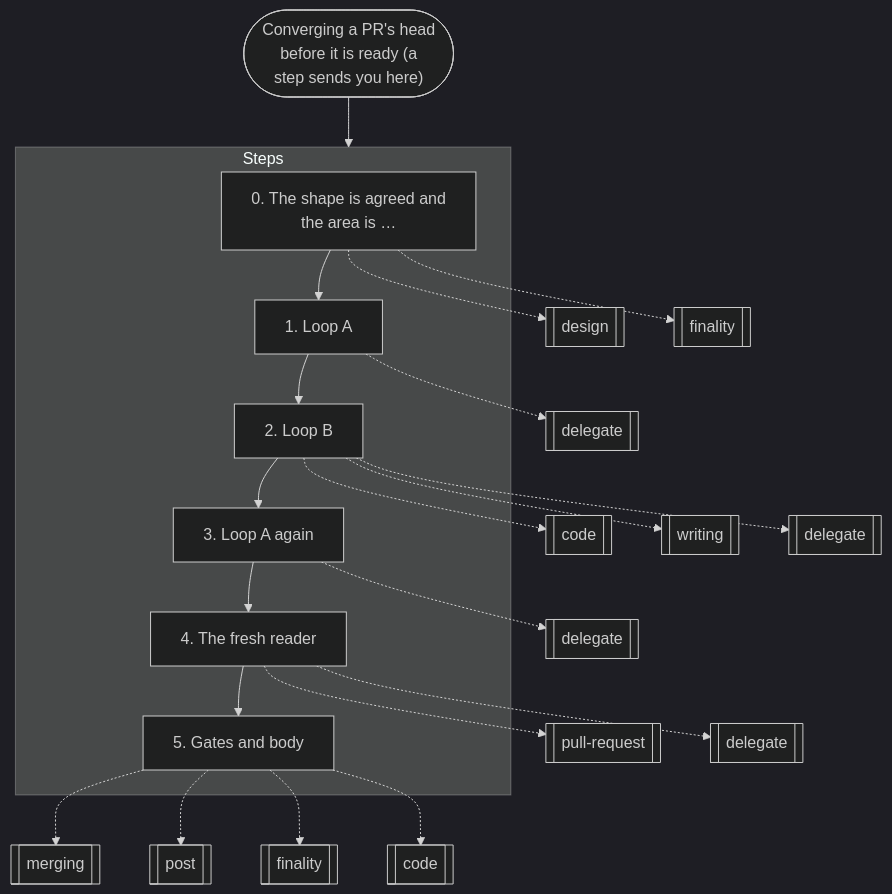
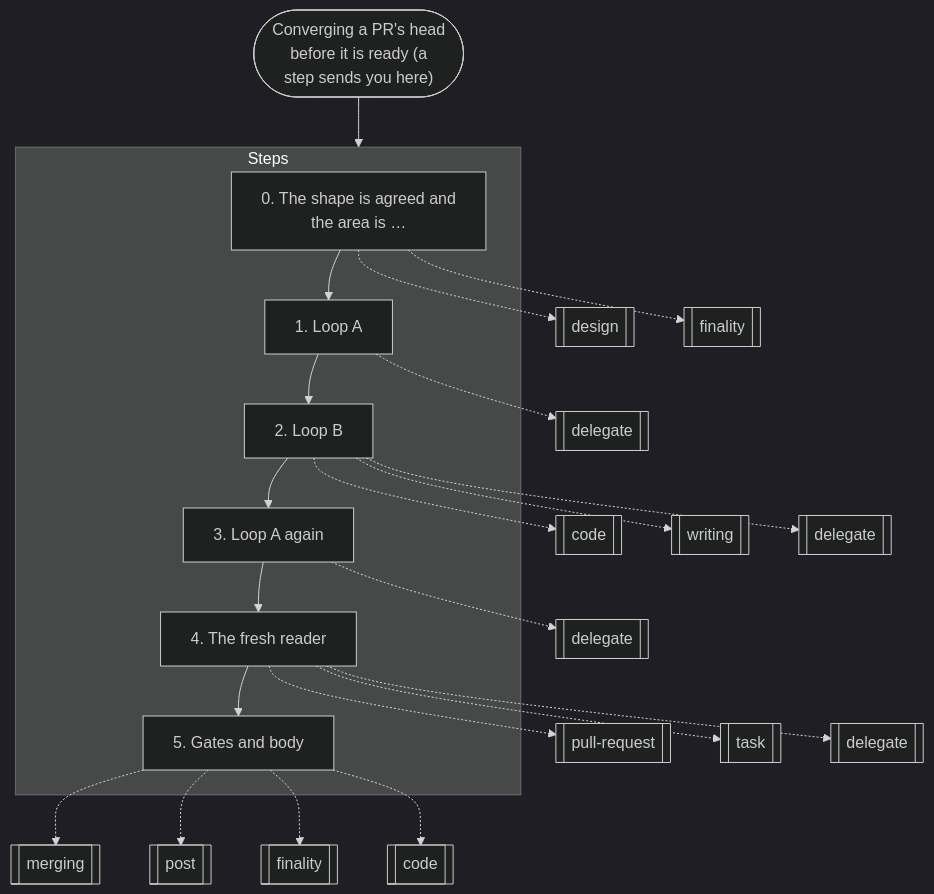
Diagram 11 of 16 in docs/graphs.md (nitedani-agent/mergeworthy), drawn with Mermaid (dark theme) before and after one commit. The commit also changed other lines of this file and 21 other files, not shown here.

````diff
--- a/docs/graphs.md
+++ b/docs/graphs.md
@@ -284,31 +284,32 @@
 ```mermaid
 flowchart TB
   start(["Converging a PR's head<br/>before it is ready (a<br/>step sends you here)"])
   subgraph g0["Steps"]
     s0["0. The shape is agreed and<br/>the area is …"]
     s1["1. Loop A"]
     s0 --> s1
     s2["2. Loop B"]
     s1 --> s2
     s3["3. Loop A again"]
     s2 --> s3
     s4["4. The fresh reader"]
     s3 --> s4
     s5["5. Gates and body"]
     s4 --> s5
   end
   s0 -.-> r1[["design"]]
   s0 -.-> r2[["finality"]]
   s1 -.-> r3[["delegate"]]
   s2 -.-> r4[["code"]]
   s2 -.-> r5[["writing"]]
   s2 -.-> r6[["delegate"]]
   s3 -.-> r7[["delegate"]]
   s4 -.-> r8[["pull-request"]]
-  s4 -.-> r9[["delegate"]]
-  s5 -.-> r10[["merging"]]
-  s5 -.-> r11[["post"]]
-  s5 -.-> r12[["finality"]]
-  s5 -.-> r13[["code"]]
+  s4 -.-> r9[["task"]]
+  s4 -.-> r10[["delegate"]]
+  s5 -.-> r11[["merging"]]
+  s5 -.-> r12[["post"]]
+  s5 -.-> r13[["finality"]]
+  s5 -.-> r14[["code"]]
   start --> g0
 ```
````
